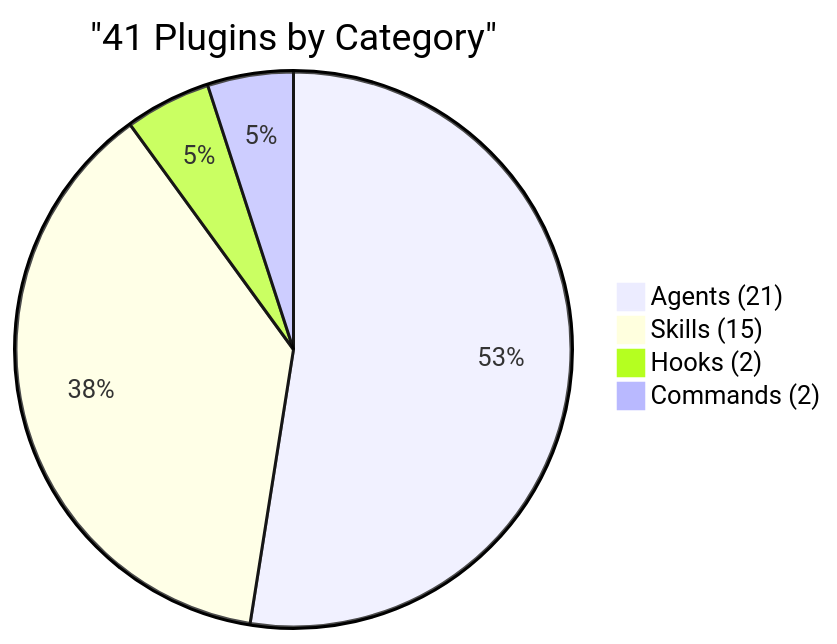
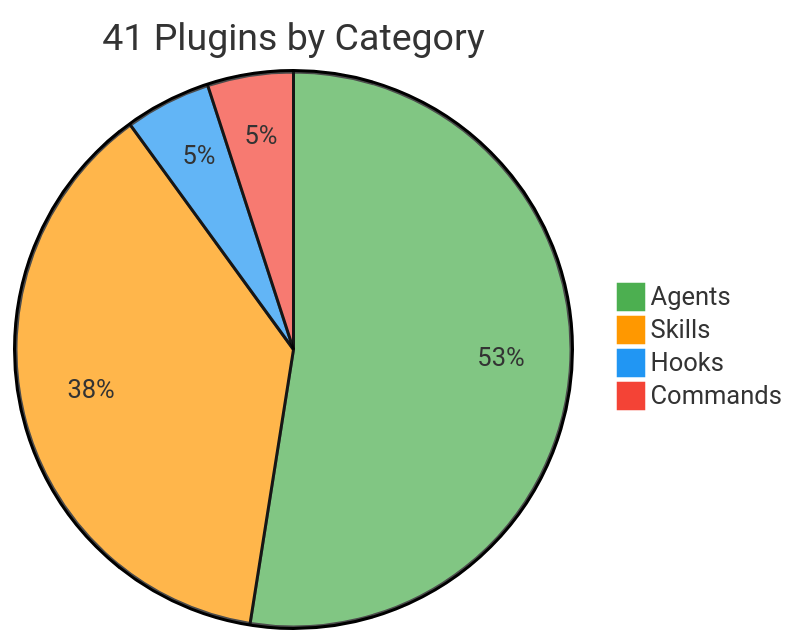
One commit to a-ariff/ariff-claude-plugins changed the third of 5 diagrams in README.md. Above: the diagram before and after it, drawn with Mermaid. The commit also changed other lines of this file and 1 other file, not shown here.

````diff
--- a/README.md
+++ b/README.md
@@ -86,7 +142,8 @@
 ```mermaid
-pie title "41 Plugins by Category"
-    "Agents (21)" : 21
-    "Skills (15)" : 15
-    "Hooks (2)" : 2
-    "Commands (2)" : 2
+%%{init: {'theme':'base', 'themeVariables': { 'pie1':'#4CAF50', 'pie2':'#FF9800', 'pie3':'#2196F3', 'pie4':'#f44336'}}}%%
+pie title 41 Plugins by Category
+    "Agents" : 21
+    "Skills" : 15
+    "Hooks" : 2
+    "Commands" : 2
 ```
````
